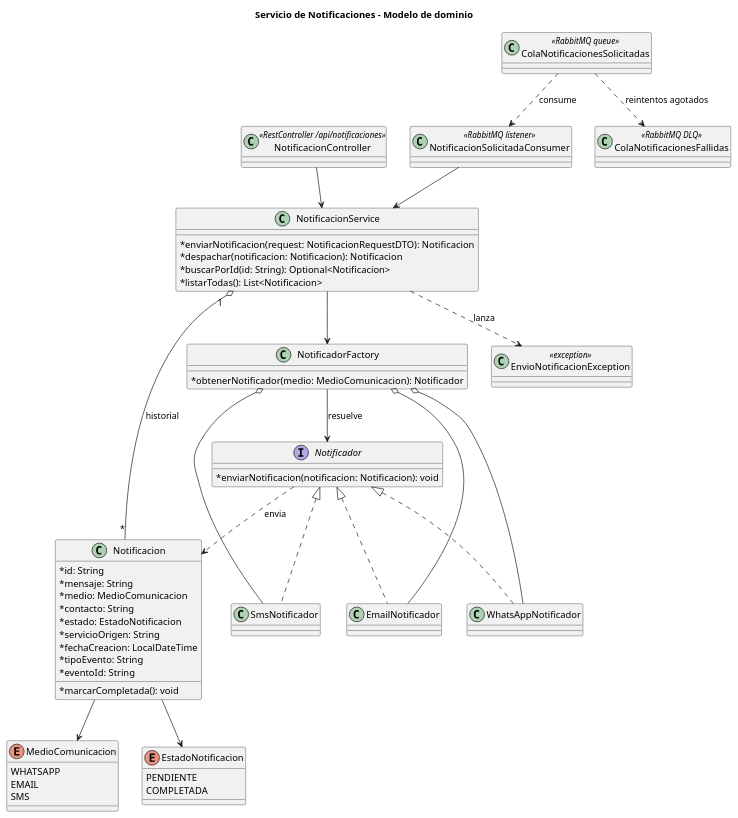
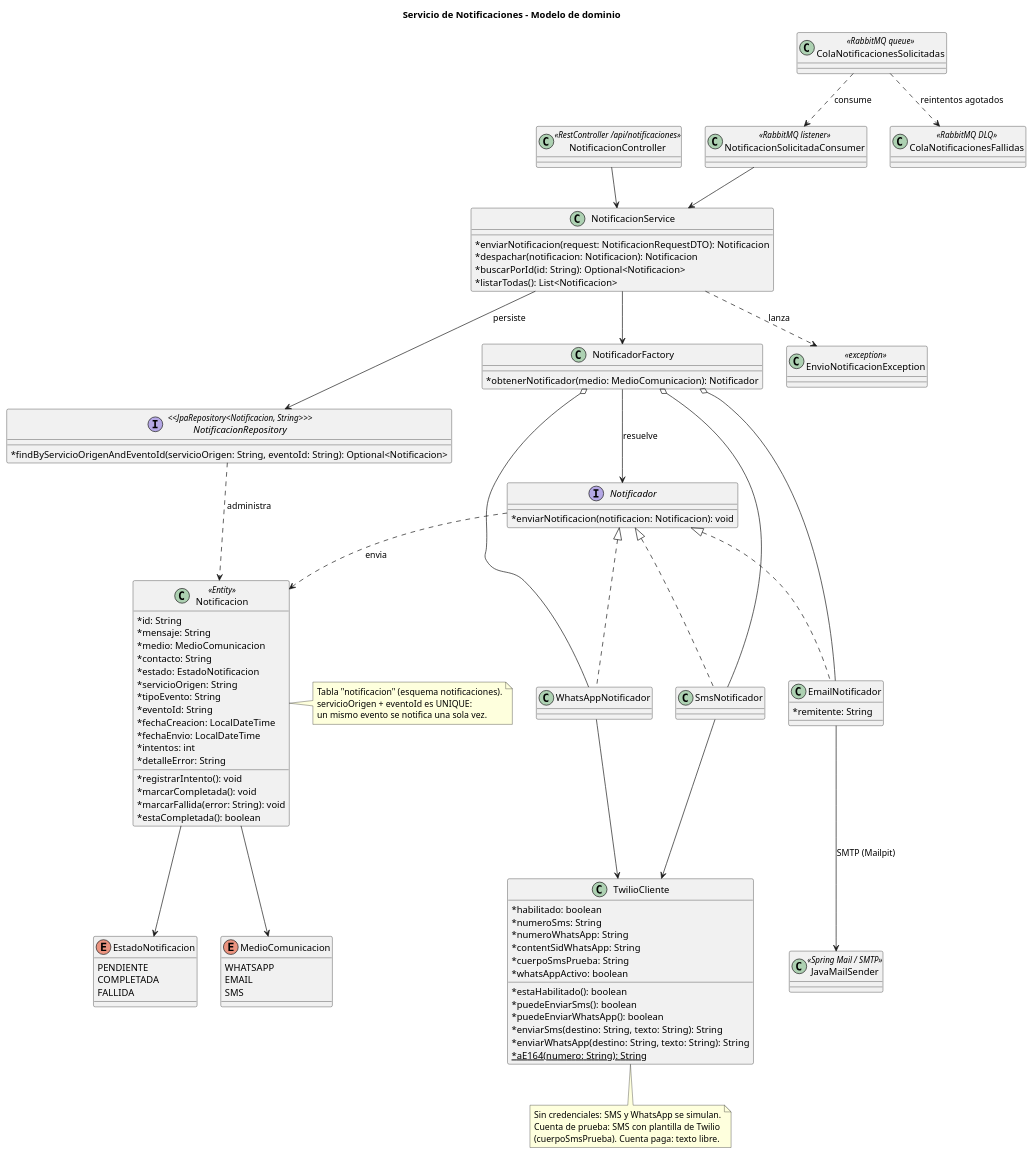
One commit to DSI-Grupo-4/tp_anual_dsi_grupo4 changed the diagram in diagramas/ddc/notificaciones.puml. Above: the diagram before and after it, drawn with PlantUML. The commit also changed 24 other files, not shown here.

```diff
--- a/diagramas/ddc/notificaciones.puml
+++ b/diagramas/ddc/notificaciones.puml
@@ -1,95 +1,143 @@
 @startuml ModeloDominioNotificaciones
 
 title Servicio de Notificaciones - Modelo de dominio
 
 top to bottom direction
 skinparam classAttributeIconSize 0
 
 ' ===== NOTIFICACION =====
 
-class Notificacion {
+class Notificacion <<Entity>> {
 
 * id: String
 * mensaje: String
 * medio: MedioComunicacion
 * contacto: String
 * estado: EstadoNotificacion
 * servicioOrigen: String
-* fechaCreacion: LocalDateTime
 * tipoEvento: String
 * eventoId: String
+* fechaCreacion: LocalDateTime
+* fechaEnvio: LocalDateTime
+* intentos: int
+* detalleError: String
 
+* registrarIntento(): void
 * marcarCompletada(): void
+* marcarFallida(error: String): void
+* estaCompletada(): boolean
 }
+
+note right of Notificacion
+  Tabla "notificacion" (esquema notificaciones).
+  servicioOrigen + eventoId es UNIQUE:
+  un mismo evento se notifica una sola vez.
+end note
 
 enum MedioComunicacion {
 WHATSAPP
 EMAIL
 SMS
 }
 
 enum EstadoNotificacion {
 PENDIENTE
 COMPLETADA
+FALLIDA
 }
 
 Notificacion --> MedioComunicacion
 Notificacion --> EstadoNotificacion
 
 ' ===== ESTRATEGIA DE ENVIO =====
 
-' Las implementaciones simulan el envio (quedan registradas por log);
-' la integracion con los proveedores externos reales queda para una
-' entrega futura, sin tocar el resto del servicio (Open/Closed).
 interface Notificador {
 * enviarNotificacion(notificacion: Notificacion): void
 }
 
-class EmailNotificador
+class EmailNotificador {
+* remitente: String
+}
+
 class SmsNotificador
 class WhatsAppNotificador
 
 Notificador <|.. EmailNotificador
 Notificador <|.. SmsNotificador
 Notificador <|.. WhatsAppNotificador
 Notificador ..> Notificacion : envia
 
 class NotificadorFactory {
 * obtenerNotificador(medio: MedioComunicacion): Notificador
 }
 
 NotificadorFactory --> Notificador : resuelve
 NotificadorFactory o-- EmailNotificador
 NotificadorFactory o-- SmsNotificador
 NotificadorFactory o-- WhatsAppNotificador
 
-' ===== SERVICIO =====
+' ===== PROVEEDORES EXTERNOS =====
+
+class JavaMailSender <<Spring Mail / SMTP>>
+
+class TwilioCliente {
+* habilitado: boolean
+* numeroSms: String
+* numeroWhatsApp: String
+* contentSidWhatsApp: String
+* cuerpoSmsPrueba: String
+* whatsAppActivo: boolean
+
+* estaHabilitado(): boolean
+* puedeEnviarSms(): boolean
+* puedeEnviarWhatsApp(): boolean
+* enviarSms(destino: String, texto: String): String
+* enviarWhatsApp(destino: String, texto: String): String
+* {static} aE164(numero: String): String
+}
+
+EmailNotificador --> JavaMailSender : SMTP (Mailpit)
+SmsNotificador --> TwilioCliente
+WhatsAppNotificador --> TwilioCliente
+
+note bottom of TwilioCliente
+  Sin credenciales: SMS y WhatsApp se simulan.
+  Cuenta de prueba: SMS con plantilla de Twilio
+  (cuerpoSmsPrueba). Cuenta paga: texto libre.
+end note
+
+' ===== SERVICIO Y PERSISTENCIA =====
 
 class NotificacionService {
 
 * enviarNotificacion(request: NotificacionRequestDTO): Notificacion
 * despachar(notificacion: Notificacion): Notificacion
 * buscarPorId(id: String): Optional<Notificacion>
 * listarTodas(): List<Notificacion>
 }
 
+interface NotificacionRepository <<JpaRepository<Notificacion, String>>> {
+* findByServicioOrigenAndEventoId(servicioOrigen: String, eventoId: String): Optional<Notificacion>
+}
+
 class EnvioNotificacionException <<exception>>
 
 NotificacionService --> NotificadorFactory
-NotificacionService "1" o-- "*" Notificacion : historial
+NotificacionService --> NotificacionRepository : persiste
+NotificacionRepository ..> Notificacion : administra
 NotificacionService ..> EnvioNotificacionException : lanza
 
 ' ===== INTEGRACION =====
 
 class NotificacionController <<RestController /api/notificaciones>>
 class NotificacionSolicitadaConsumer <<RabbitMQ listener>>
 class ColaNotificacionesSolicitadas <<RabbitMQ queue>>
 class ColaNotificacionesFallidas <<RabbitMQ DLQ>>
 
 NotificacionController --> NotificacionService
 NotificacionSolicitadaConsumer --> NotificacionService
 
 ColaNotificacionesSolicitadas ..> NotificacionSolicitadaConsumer : consume
 ColaNotificacionesSolicitadas ..> ColaNotificacionesFallidas : reintentos agotados
 
 @enduml
```
